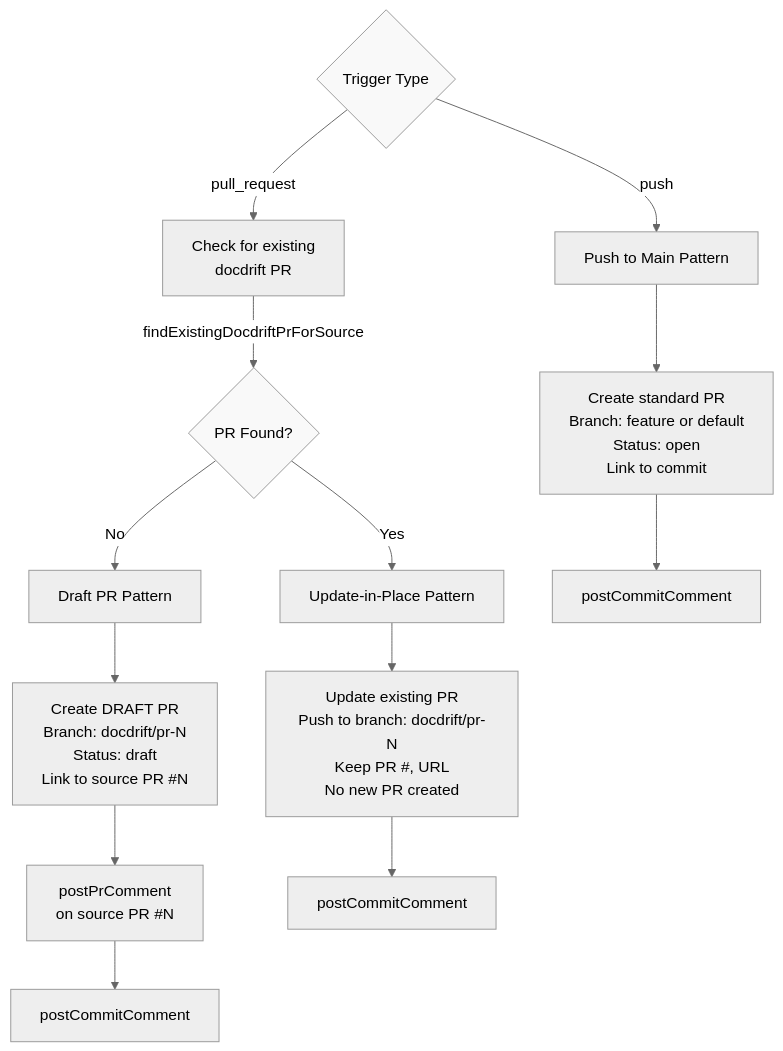
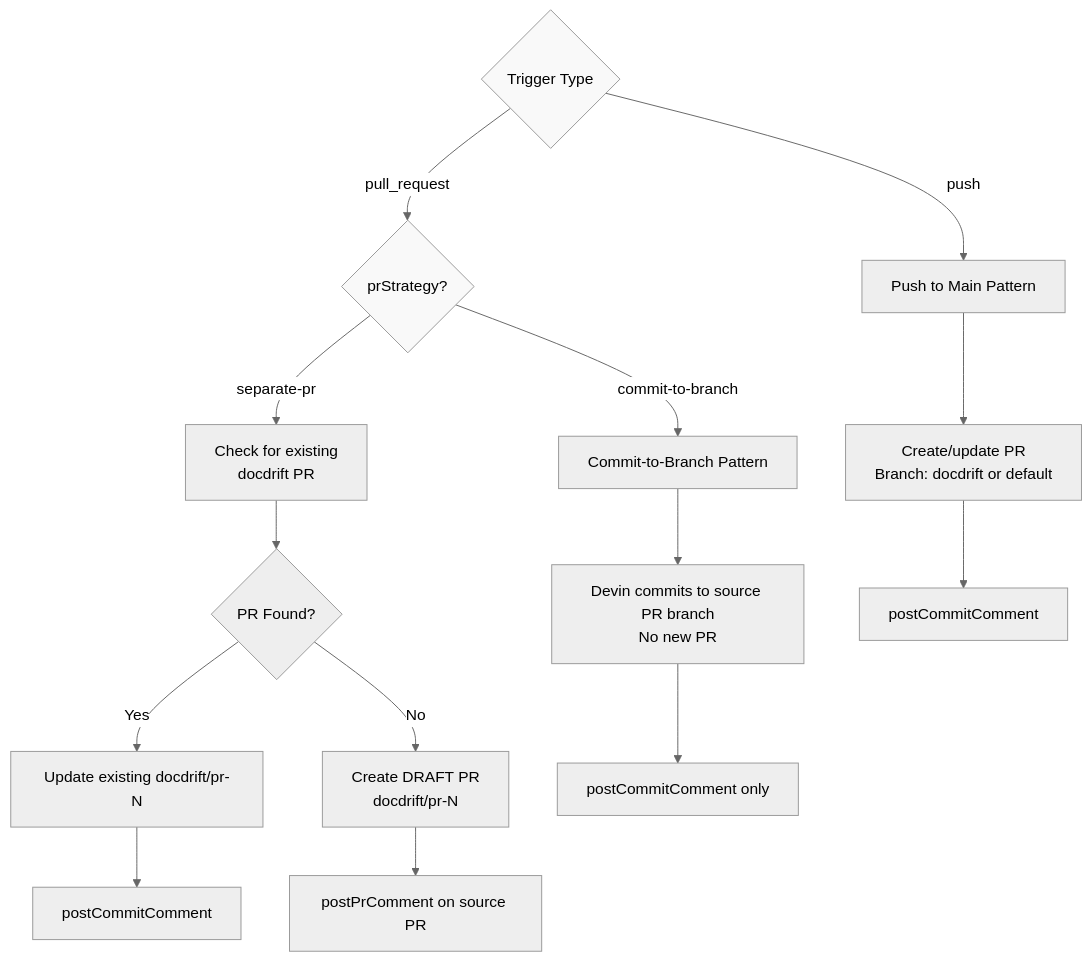
The first of 5 diagrams in docs/deepwiki/pages/doc-areas-configuration.mdx (cameronking4/docdrift), drawn with Mermaid (neutral theme) before and after one commit. The commit also changed other lines of this file and 19 other files, not shown here.

First line of the commit message:
feat: update version to 0.2.3 and enhance documentation for pull request strategies

````diff
--- a/docs/deepwiki/pages/doc-areas-configuration.mdx
+++ b/docs/deepwiki/pages/doc-areas-configuration.mdx
@@ -37,27 +39,26 @@
 ```mermaid
 flowchart TD
     Trigger{Trigger Type}
     
     Trigger -->|push| PushPath["Push to Main Pattern"]
-    Trigger -->|pull_request| CheckExisting["Check for existing<br/>docdrift PR"]
+    Trigger -->|pull_request| PRStrategy{prStrategy?}
     
-    CheckExisting -->|findExistingDocdriftPrForSource| Found{PR Found?}
+    PRStrategy -->|commit-to-branch| CommitPath["Commit-to-Branch Pattern"]
+    PRStrategy -->|separate-pr| CheckExisting["Check for existing<br/>docdrift PR"]
     
-    Found -->|Yes| UpdatePath["Update-in-Place Pattern"]
-    Found -->|No| DraftPath["Draft PR Pattern"]
+    CheckExisting --> Found{PR Found?}
+    Found -->|Yes| UpdatePath["Update existing docdrift/pr-N"]
+    Found -->|No| DraftPath["Create DRAFT PR<br/>docdrift/pr-N"]
     
-    PushPath --> StandardPR["Create standard PR<br/>Branch: feature or default<br/>Status: open<br/>Link to commit"]
+    PushPath --> StandardPR["Create/update PR<br/>Branch: docdrift or default"]
     
-    DraftPath --> DraftPR["Create DRAFT PR<br/>Branch: docdrift/pr-N<br/>Status: draft<br/>Link to source PR #N"]
+    CommitPath --> CommitBranch["Devin commits to source PR branch<br/>No new PR"]
     
-    UpdatePath --> UpdatePR["Update existing PR<br/>Push to branch: docdrift/pr-N<br/>Keep PR #, URL<br/>No new PR created"]
+    DraftPath --> PostPRComment["postPrComment on source PR"]
+    UpdatePath --> PostCommit2["postCommitComment"]
+    StandardPR --> PostCommit["postCommitComment"]
+    CommitBranch --> PostCommitC["postCommitComment only"]
     
-    StandardPR --> PostCommit["postCommitComment"]
-    DraftPR --> PostPRComment["postPrComment<br/>on source PR #N"]
-    UpdatePR --> PostCommit2["postCommitComment"]
-    
-    PostPRComment --> PostCommit3["postCommitComment"]
-    
-    style Found fill:#f9f9f9
+    style PRStrategy fill:#f9f9f9
     style Trigger fill:#f9f9f9
 ```
````
